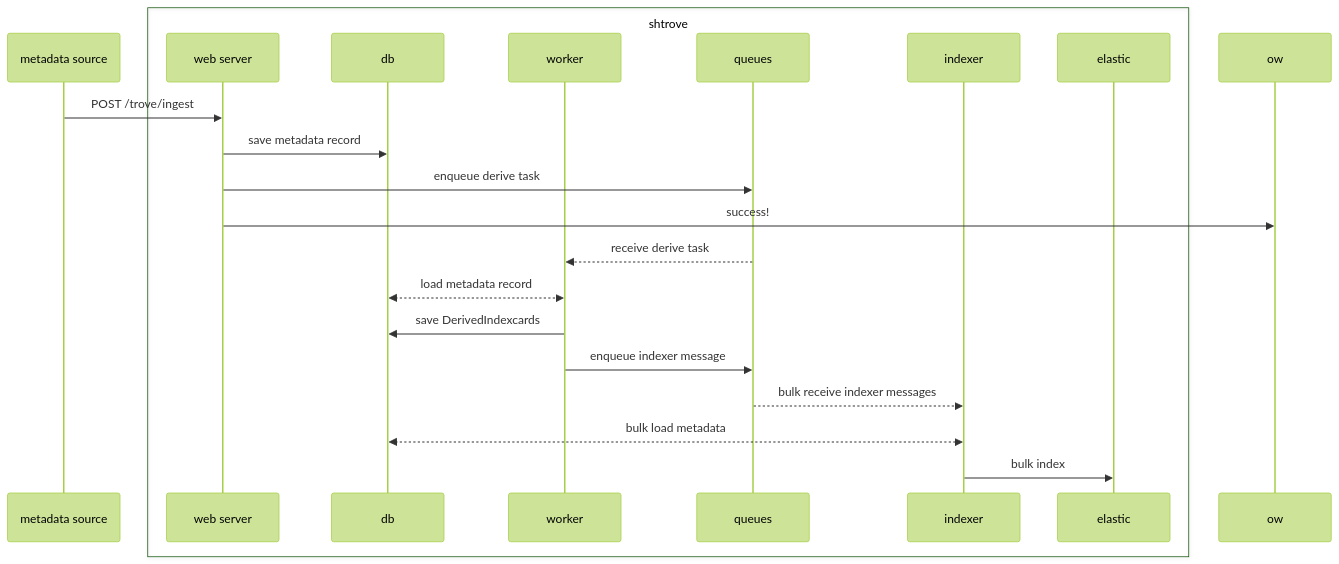
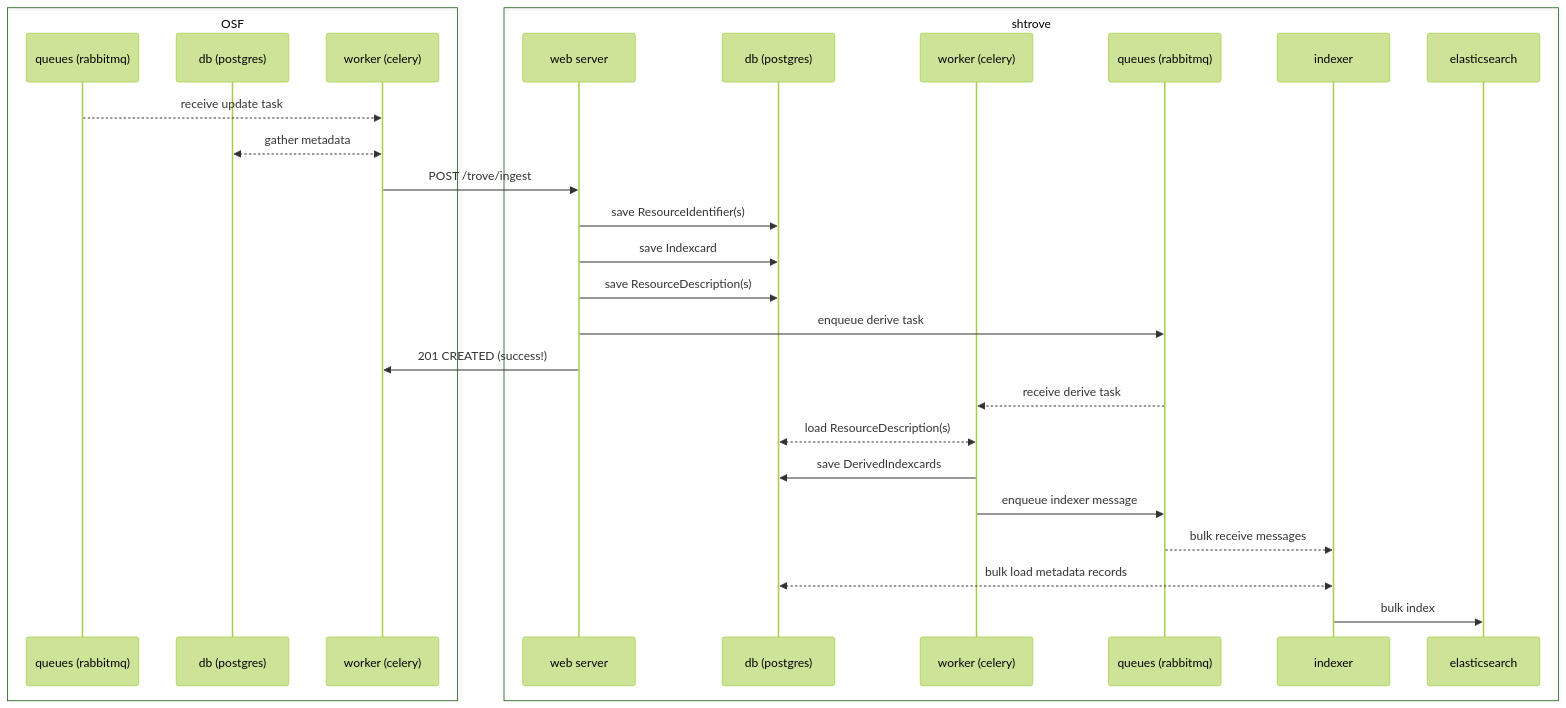
The diagram in how-to/relate-to-osf.md (CenterForOpenScience/SHARE), drawn with Mermaid (forest theme) before and after one commit. The commit also changed other lines of this file and 3 other files, not shown here.

````diff
--- a/how-to/relate-to-osf.md
+++ b/how-to/relate-to-osf.md
@@ -108,23 +108,31 @@
 ```mermaid
 sequenceDiagram
-    participant ms as metadata source
+    box OSF
+    participant oq as queues (rabbitmq)
+    participant od as db (postgres)
+    participant ow as worker (celery)
+    end
     box shtrove
     participant ss as web server
-    participant sd as db
-    participant sw as worker
-    participant sq as queues
+    participant sd as db (postgres)
+    participant sw as worker (celery)
+    participant sq as queues (rabbitmq)
     participant si as indexer
-    participant se as elastic
+    participant se as elasticsearch
     end
-    ms ->> ss: POST /trove/ingest
-    ss ->> sd: save metadata record
+    oq -->> ow: receive update task
+    od <<-->> ow: gather metadata
+    ow ->> ss: POST /trove/ingest
+    ss ->> sd: save ResourceIdentifier(s)
+    ss ->> sd: save Indexcard
+    ss ->> sd: save ResourceDescription(s)
     ss ->> sq: enqueue derive task
-    ss ->> ow: success!
+    ss ->> ow: 201 CREATED (success!)
     sq -->> sw: receive derive task
-    sd <<-->> sw: load metadata record
+    sd <<-->> sw: load ResourceDescription(s)
     sw ->> sd: save DerivedIndexcards
     sw ->> sq: enqueue indexer message
-    sq -->> si: bulk receive indexer messages
-    sd <<-->> si: bulk load metadata
+    sq -->> si: bulk receive messages
+    sd <<-->> si: bulk load metadata records
     si ->> se: bulk index
 ```
````
